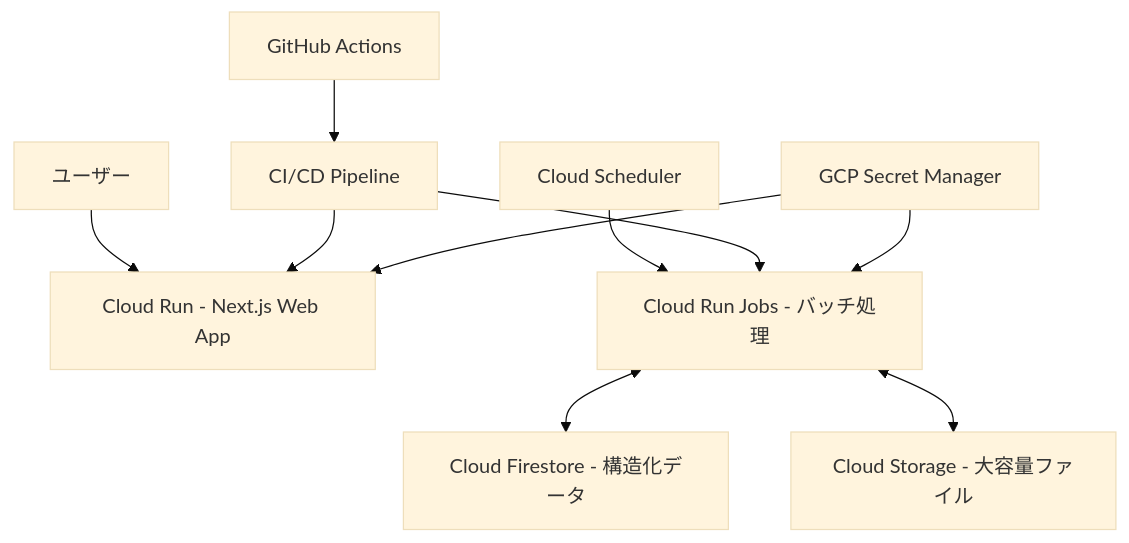
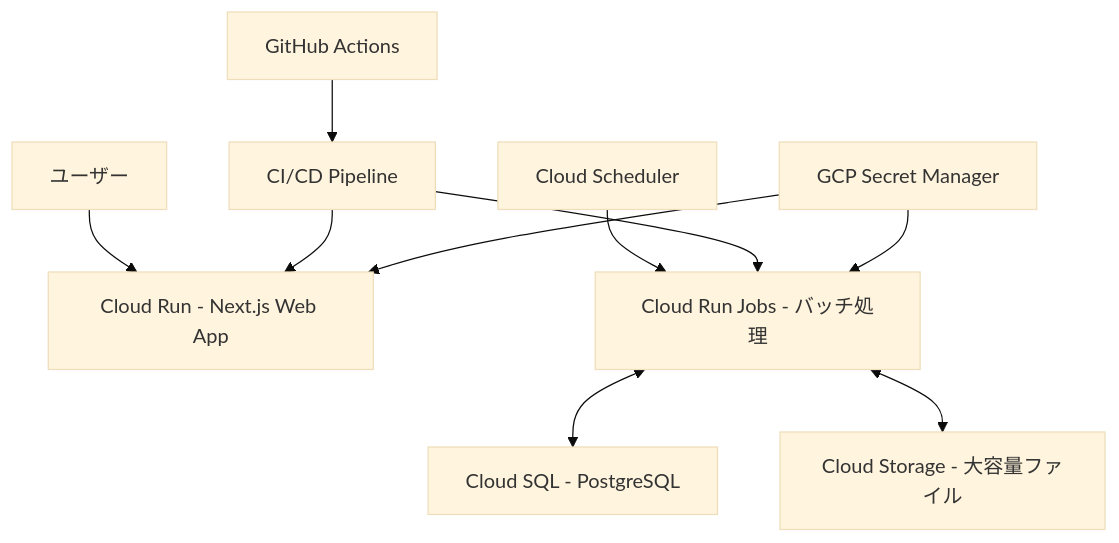
The diagram in docs/gcp/GCP_OVERVIEW.md (nothink-jp/suzumina.click), drawn with Mermaid (base theme) before and after one commit. The commit also changed other lines of this file and 9 other files, not shown here.

````diff
--- a/docs/gcp/GCP_OVERVIEW.md
+++ b/docs/gcp/GCP_OVERVIEW.md
@@ -7,12 +7,12 @@
 ```mermaid
 flowchart TD
     A["ユーザー"] --> B["Cloud Run - Next.js Web App"]
     D["Cloud Scheduler"] --> E["Cloud Run Jobs - バッチ処理"]
-    E <--> F["Cloud Firestore - 構造化データ"]
+    E <--> F["Cloud SQL - PostgreSQL"]
     E <--> J["Cloud Storage - 大容量ファイル"]
     G["GitHub Actions"] --> H["CI/CD Pipeline"]
     H --> B
     H --> E
     I["GCP Secret Manager"] --> B
     I --> E
 ```
````
